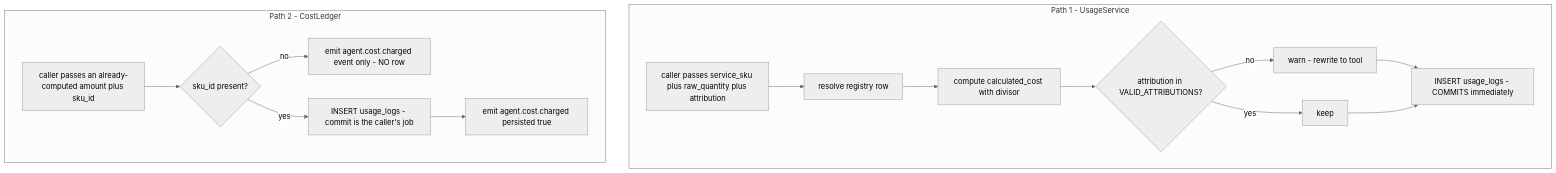
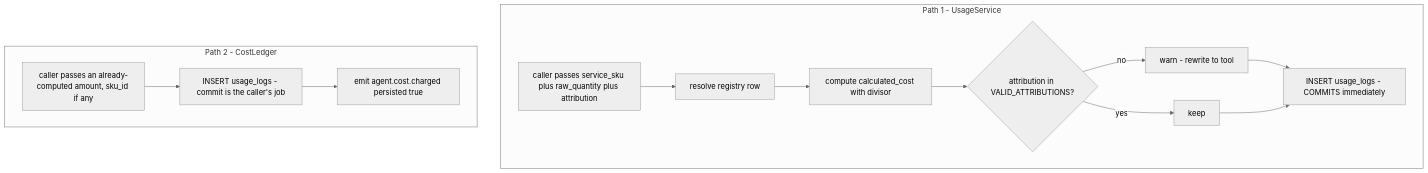
One commit to gondolerahul/hire-buddha-app changed diagram 12 of 25 in docs/current/14-billing-and-credits.md. Above: the diagram before and after it, drawn with Mermaid (neutral theme). The commit also changed other lines of this file and 19 other files, not shown here.

````diff
--- a/docs/current/14-billing-and-credits.md
+++ b/docs/current/14-billing-and-credits.md
@@ -656,18 +656,16 @@
 ```mermaid
 flowchart TD
     subgraph P1["Path 1 - UsageService"]
         A1["caller passes service_sku plus raw_quantity plus attribution"] --> A2["resolve registry row"]
         A2 --> A3["compute calculated_cost with divisor"]
         A3 --> A4{"attribution in VALID_ATTRIBUTIONS?"}
         A4 -->|no| A5["warn - rewrite to tool"]
         A4 -->|yes| A6["keep"]
         A5 --> A7["INSERT usage_logs - COMMITS immediately"]
         A6 --> A7
     end
     subgraph P2["Path 2 - CostLedger"]
-        B1["caller passes an already-computed amount plus sku_id"] --> B2{"sku_id present?"}
-        B2 -->|no| B3["emit agent.cost.charged event only - NO row"]
-        B2 -->|yes| B4["INSERT usage_logs - commit is the caller's job"]
+        B1["caller passes an already-computed amount, sku_id if any"] --> B4["INSERT usage_logs - commit is the caller's job"]
         B4 --> B5["emit agent.cost.charged persisted true"]
     end
 ```
````
